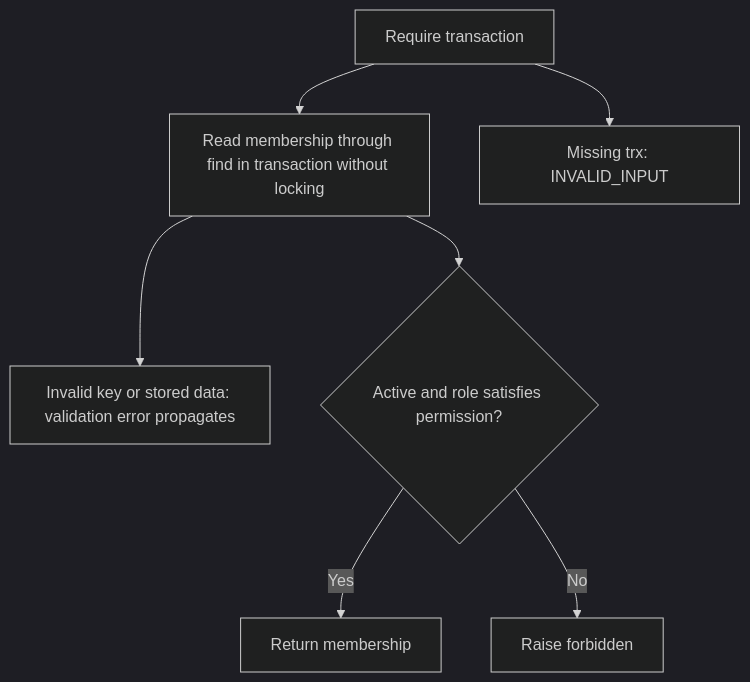
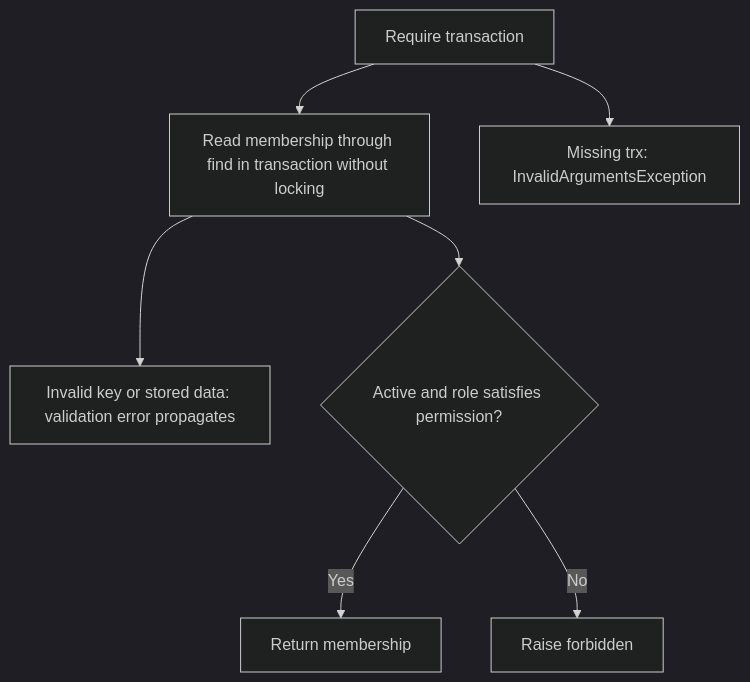
One commit to Kevinjohn/oss-adonisjs-access-control changed the second of 2 diagrams in user-stories/US-ACCESS-30-authorise-service-operation.md. Above: the diagram before and after it, drawn with Mermaid (dark theme). The commit also changed other lines of this file and 18 other files, not shown here.

Commit message:
Reconcile access control story flows

````diff
--- a/user-stories/US-ACCESS-30-authorise-service-operation.md
+++ b/user-stories/US-ACCESS-30-authorise-service-operation.md
@@ -31,9 +31,9 @@
 ```mermaid
 flowchart TD
     A["Require transaction"] --> B["Read membership through find in transaction without locking"]
-    A --> X["Missing trx: INVALID_INPUT"]
+    A --> X["Missing trx: InvalidArgumentsException"]
     B --> Y["Invalid key or stored data: validation error propagates"]
     B --> C{"Active and role satisfies permission?"}
     C -->|Yes| D["Return membership"]
     C -->|No| E["Raise forbidden"]
 ```
````
